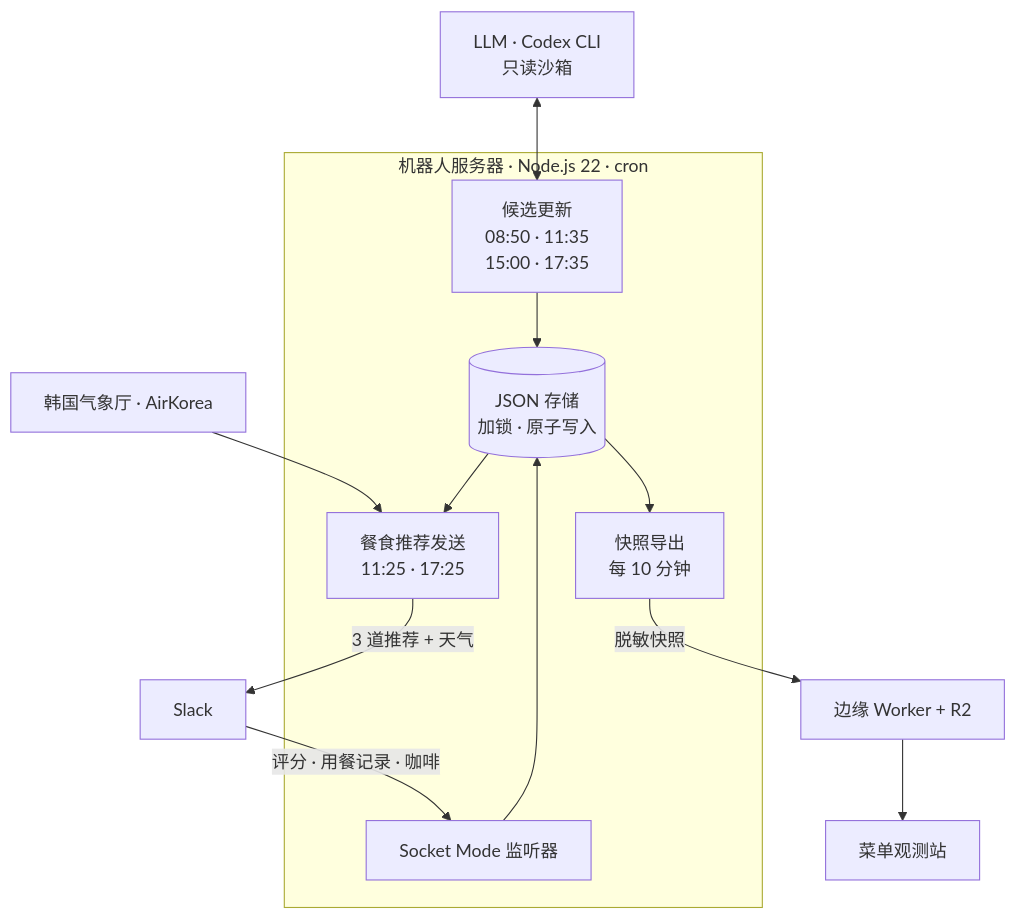
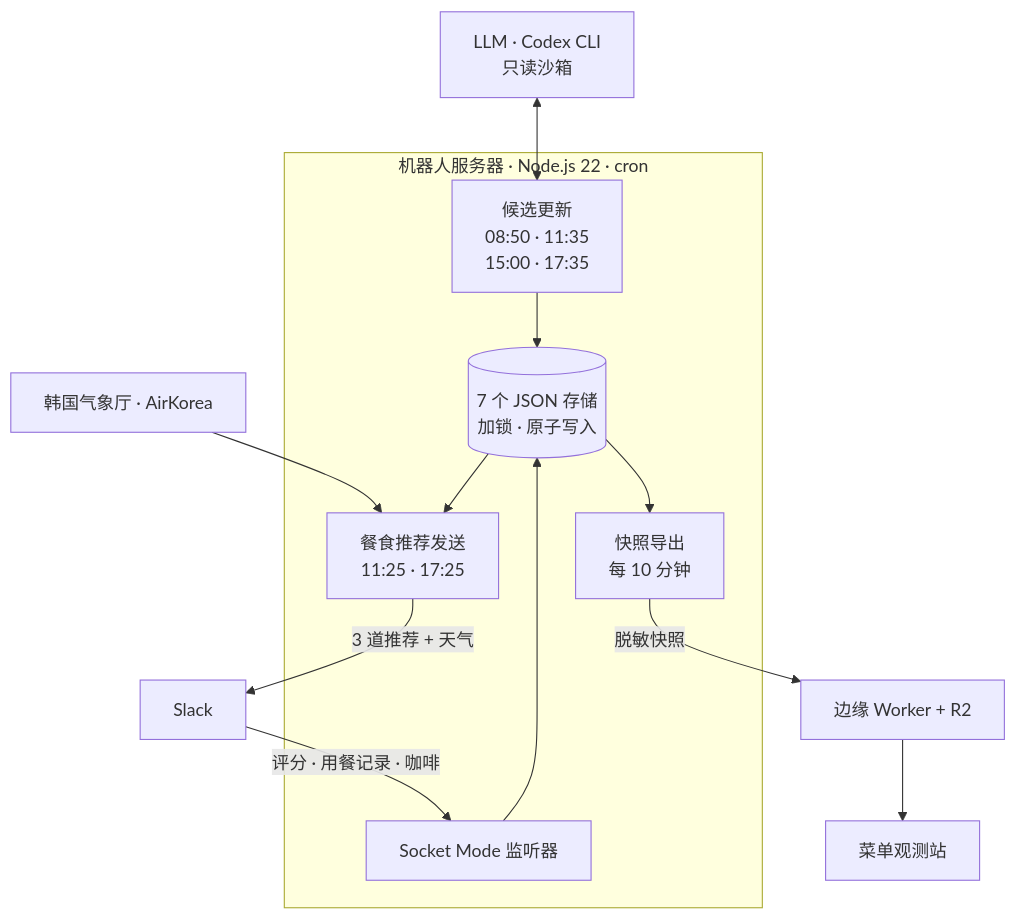
One commit to jumincho/ojeommwo changed the diagram in README.zh-CN.md. Above: the diagram before and after it, drawn with Mermaid. The commit also changed other lines of this file and 4 other files, not shown here.

````diff
--- a/README.zh-CN.md
+++ b/README.zh-CN.md
@@ -46,26 +47,26 @@
 ```mermaid
 flowchart TB
   llm["LLM · Codex CLI<br/>只读沙箱"]
   weather["韩国气象厅 · AirKorea"]
   subgraph bot["机器人服务器 · Node.js 22 · cron"]
     refresh["候选更新<br/>08:50 · 11:35<br/>15:00 · 17:35"]
     post["餐食推荐发送<br/>11:25 · 17:25"]
-    store[("JSON 存储<br/>加锁 · 原子写入")]
+    store[("7 个 JSON 存储<br/>加锁 · 原子写入")]
     listener["Socket Mode 监听器"]
     export["快照导出<br/>每 10 分钟"]
   end
   slack["Slack"]
   edge["边缘 Worker + R2"]
   browser["菜单观测站"]
 
   llm <--> refresh
   weather --> post
   refresh --> store
   store --> post
   post -->|"3 道推荐 + 天气"| slack
   slack -->|"评分 · 用餐记录 · 咖啡"| listener
   listener --> store
   store --> export
   export -->|"脱敏快照"| edge
   edge --> browser
 ```
````
